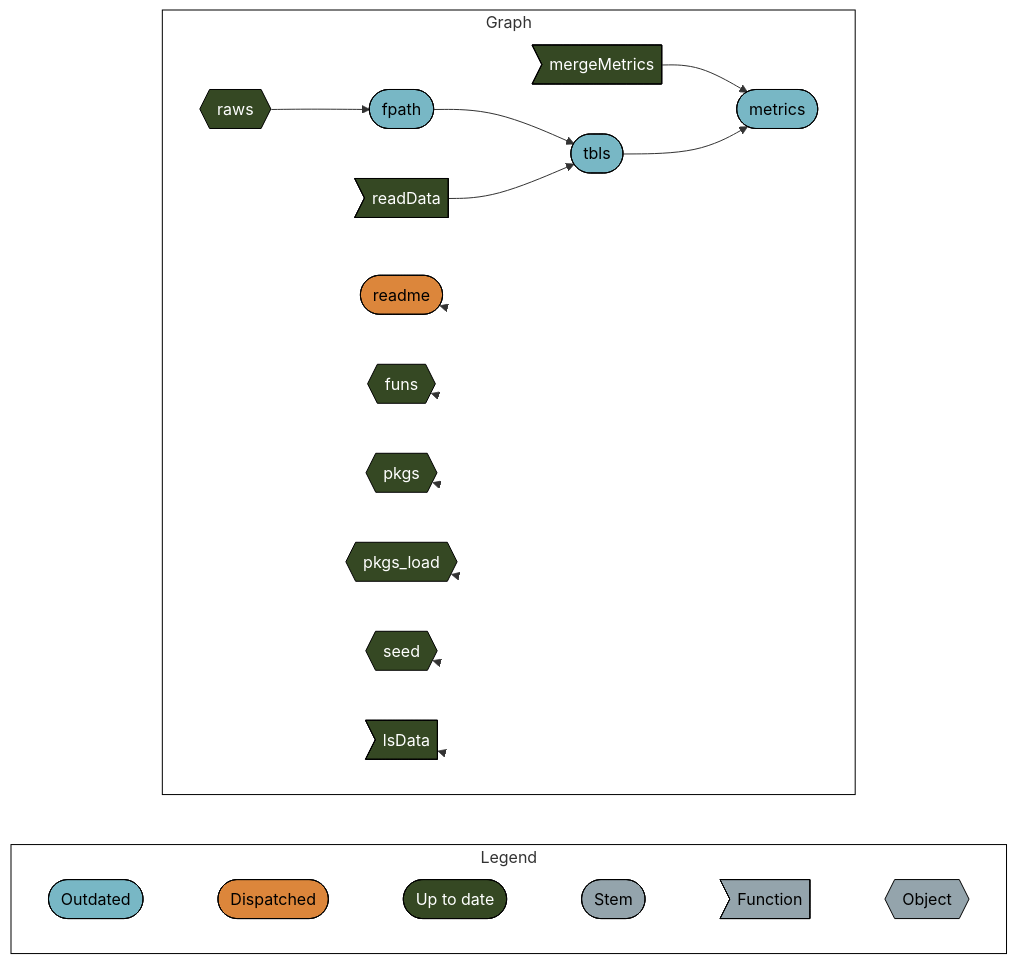
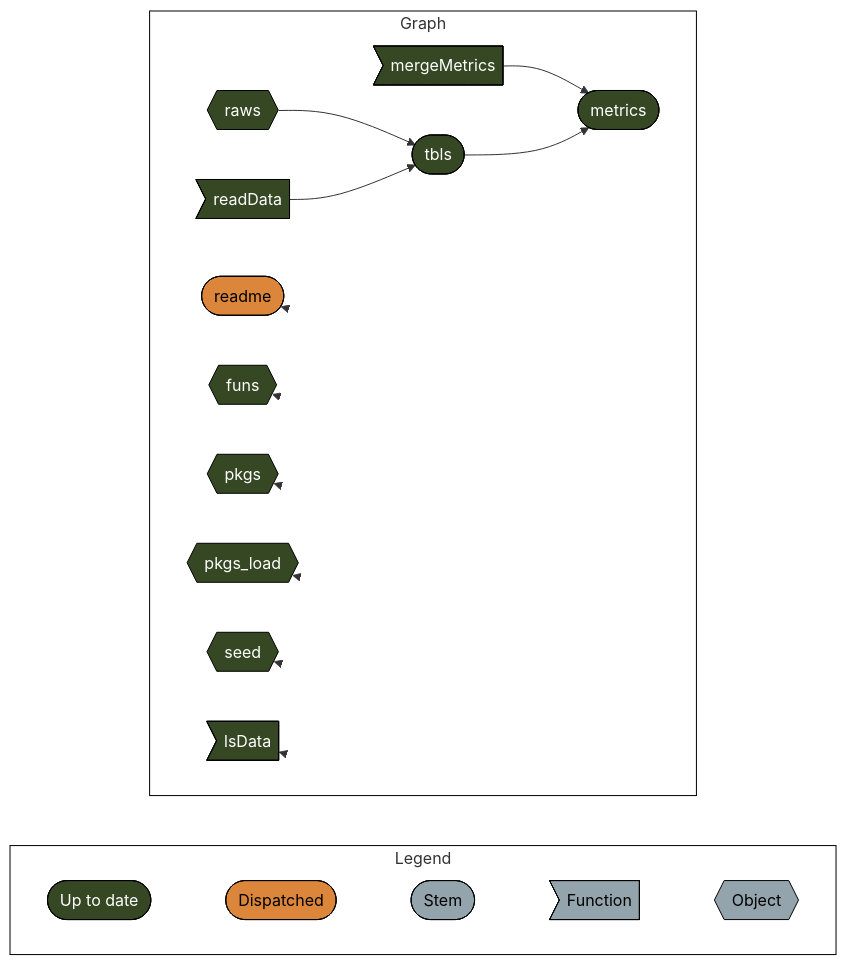
Before and after one commit to attentive-id/instagram-analytics: the diagram in README.md, drawn with Mermaid. The commit also changed other lines of this file and 1 other file, not shown here.

````diff
--- a/README.md
+++ b/README.md
@@ -86,42 +105,38 @@
 ``` mermaid
 graph LR
   style Legend fill:#FFFFFF00,stroke:#000000;
   style Graph fill:#FFFFFF00,stroke:#000000;
   subgraph Legend
     direction LR
-    x2db1ec7a48f65a9b([""Outdated""]):::outdated --- xb6630624a7b3aa0f([""Dispatched""]):::dispatched
-    xb6630624a7b3aa0f([""Dispatched""]):::dispatched --- xf1522833a4d242c5([""Up to date""]):::uptodate
-    xf1522833a4d242c5([""Up to date""]):::uptodate --- xd03d7c7dd2ddda2b([""Stem""]):::none
+    xf1522833a4d242c5([""Up to date""]):::uptodate --- xb6630624a7b3aa0f([""Dispatched""]):::dispatched
+    xb6630624a7b3aa0f([""Dispatched""]):::dispatched --- xd03d7c7dd2ddda2b([""Stem""]):::none
     xd03d7c7dd2ddda2b([""Stem""]):::none --- xeb2d7cac8a1ce544>""Function""]:::none
     xeb2d7cac8a1ce544>""Function""]:::none --- xbecb13963f49e50b{{""Object""}}:::none
   end
   subgraph Graph
     direction LR
-    xe58bddd751ff431b(["fpath"]):::outdated --> xd5845efd825040d8(["tbls"]):::outdated
-    x18b26034ab3a95e2>"readData"]:::uptodate --> xd5845efd825040d8(["tbls"]):::outdated
-    xf6472bd5309d8529>"mergeMetrics"]:::uptodate --> x544e14c8fac2c5b0(["metrics"]):::outdated
-    xd5845efd825040d8(["tbls"]):::outdated --> x544e14c8fac2c5b0(["metrics"]):::outdated
-    x1f6d76ea8940cecf{{"raws"}}:::uptodate --> xe58bddd751ff431b(["fpath"]):::outdated
+    x1f6d76ea8940cecf{{"raws"}}:::uptodate --> xd5845efd825040d8(["tbls"]):::uptodate
+    x18b26034ab3a95e2>"readData"]:::uptodate --> xd5845efd825040d8(["tbls"]):::uptodate
+    xf6472bd5309d8529>"mergeMetrics"]:::uptodate --> x544e14c8fac2c5b0(["metrics"]):::uptodate
+    xd5845efd825040d8(["tbls"]):::uptodate --> x544e14c8fac2c5b0(["metrics"]):::uptodate
     xc11069275cfeb620(["readme"]):::dispatched --> xc11069275cfeb620(["readme"]):::dispatched
     x07bf962581a33ad1{{"funs"}}:::uptodate --> x07bf962581a33ad1{{"funs"}}:::uptodate
     x2f12837377761a1b{{"pkgs"}}:::uptodate --> x2f12837377761a1b{{"pkgs"}}:::uptodate
     x026e3308cd8be8b9{{"pkgs_load"}}:::uptodate --> x026e3308cd8be8b9{{"pkgs_load"}}:::uptodate
     x4d3ec24f81457d7f{{"seed"}}:::uptodate --> x4d3ec24f81457d7f{{"seed"}}:::uptodate
     x3eac3c5af5491b67>"lsData"]:::uptodate --> x3eac3c5af5491b67>"lsData"]:::uptodate
   end
-  classDef outdated stroke:#000000,color:#000000,fill:#78B7C5;
+  classDef uptodate stroke:#000000,color:#ffffff,fill:#354823;
   classDef dispatched stroke:#000000,color:#000000,fill:#DC863B;
-  classDef uptodate stroke:#000000,color:#ffffff,fill:#354823;
   classDef none stroke:#000000,color:#000000,fill:#94a4ac;
   linkStyle 0 stroke-width:0px;
   linkStyle 1 stroke-width:0px;
   linkStyle 2 stroke-width:0px;
   linkStyle 3 stroke-width:0px;
-  linkStyle 4 stroke-width:0px;
+  linkStyle 8 stroke-width:0px;
+  linkStyle 9 stroke-width:0px;
   linkStyle 10 stroke-width:0px;
   linkStyle 11 stroke-width:0px;
   linkStyle 12 stroke-width:0px;
   linkStyle 13 stroke-width:0px;
-  linkStyle 14 stroke-width:0px;
-  linkStyle 15 stroke-width:0px;
 ```
````
